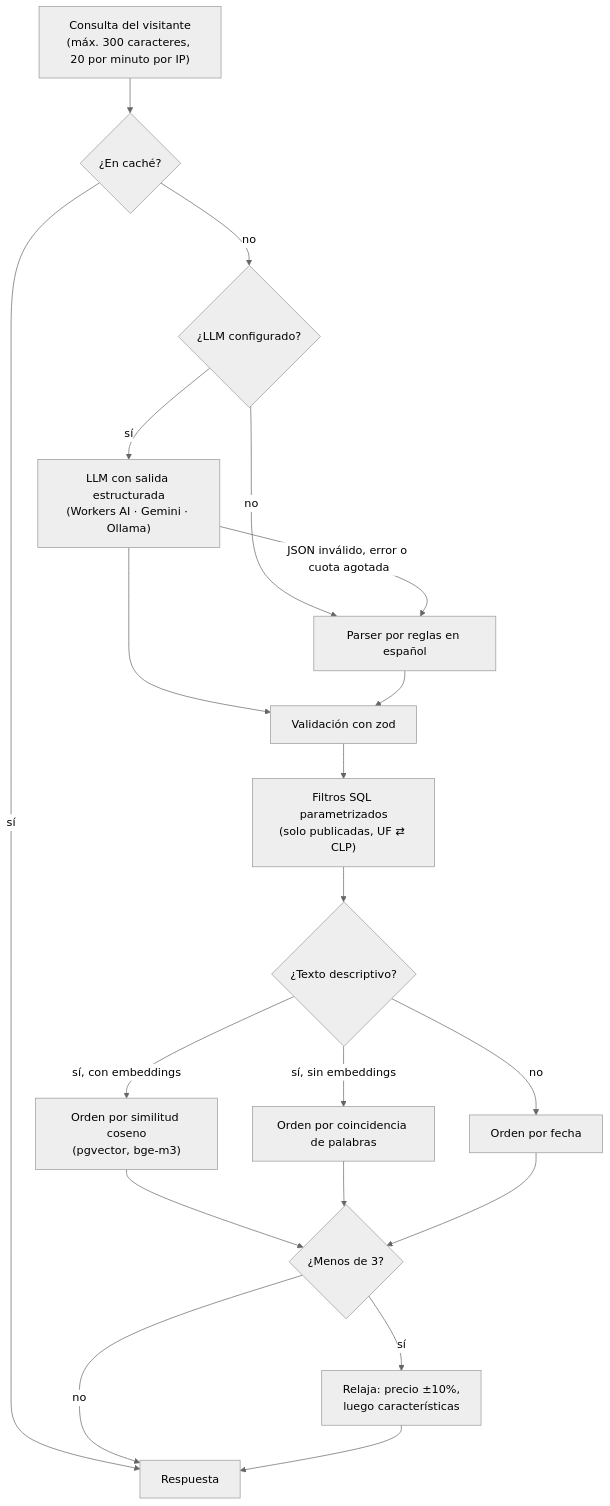
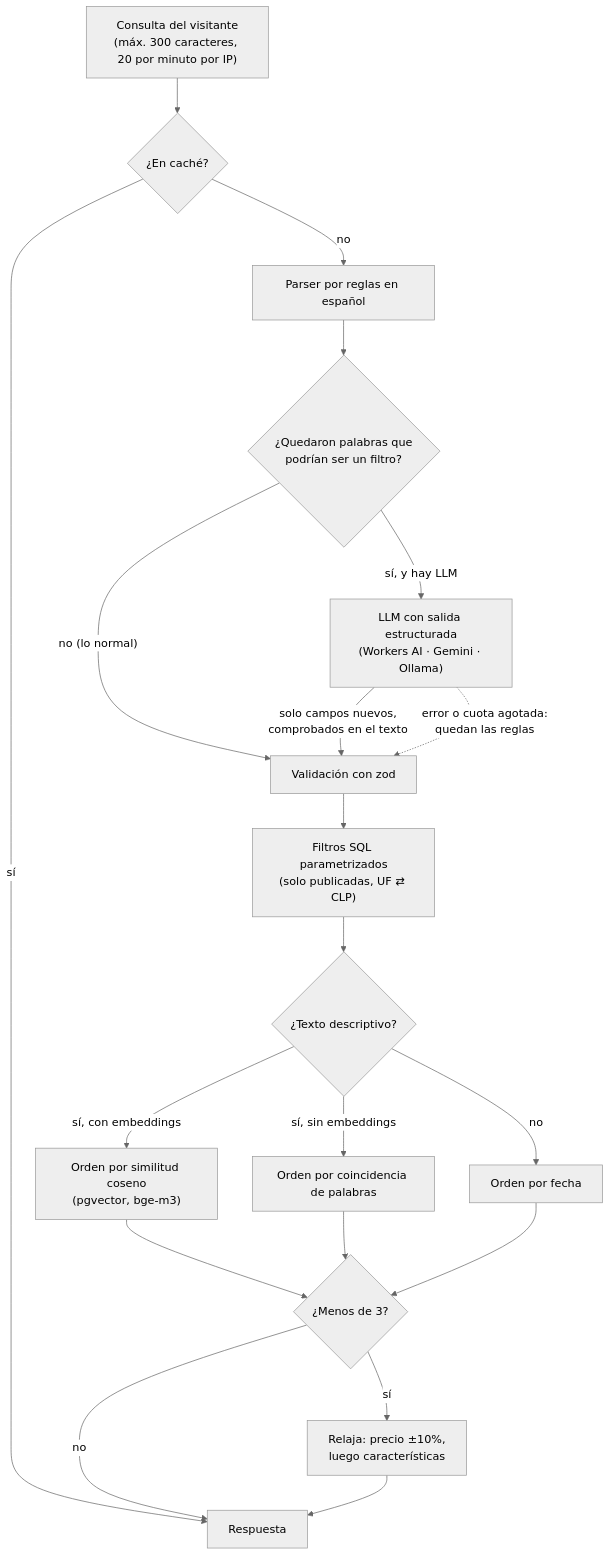
One commit to machukeitor1/geonuble changed the second of 2 diagrams in README.md. Above: the diagram before and after it, drawn with Mermaid (neutral theme). The commit also changed other lines of this file and 1 other file, not shown here.

````diff
--- a/README.md
+++ b/README.md
@@ -90,22 +90,22 @@
 ```mermaid
 flowchart TD
     Q["Consulta del visitante<br/>(máx. 300 caracteres, 20 por minuto por IP)"] --> C{"¿En caché?"}
     C -->|sí| R[Respuesta]
-    C -->|no| L{"¿LLM configurado?"}
-    L -->|sí| X["LLM con salida estructurada<br/>(Workers AI · Gemini · Ollama)"]
-    L -->|no| P[Parser por reglas en español]
-    X -->|"JSON inválido, error o cuota agotada"| P
-    X --> Z[Validación con zod]
-    P --> Z
+    C -->|no| P[Parser por reglas en español]
+    P --> U{"¿Quedaron palabras que<br/>podrían ser un filtro?"}
+    U -->|"no (lo normal)"| Z[Validación con zod]
+    U -->|"sí, y hay LLM"| X["LLM con salida estructurada<br/>(Workers AI · Gemini · Ollama)"]
+    X -->|"solo campos nuevos,<br/>comprobados en el texto"| Z
+    X -.->|"error o cuota agotada:<br/>quedan las reglas"| Z
     Z --> S["Filtros SQL parametrizados<br/>(solo publicadas, UF ⇄ CLP)"]
     S --> O{"¿Texto descriptivo?"}
     O -->|"sí, con embeddings"| V["Orden por similitud coseno<br/>(pgvector, bge-m3)"]
     O -->|"sí, sin embeddings"| W[Orden por coincidencia de palabras]
     O -->|no| D[Orden por fecha]
     V --> M{"¿Menos de 3?"}
     W --> M
     D --> M
     M -->|sí| RX["Relaja: precio ±10%,<br/>luego características"]
     M -->|no| R
     RX --> R
 ```
````
